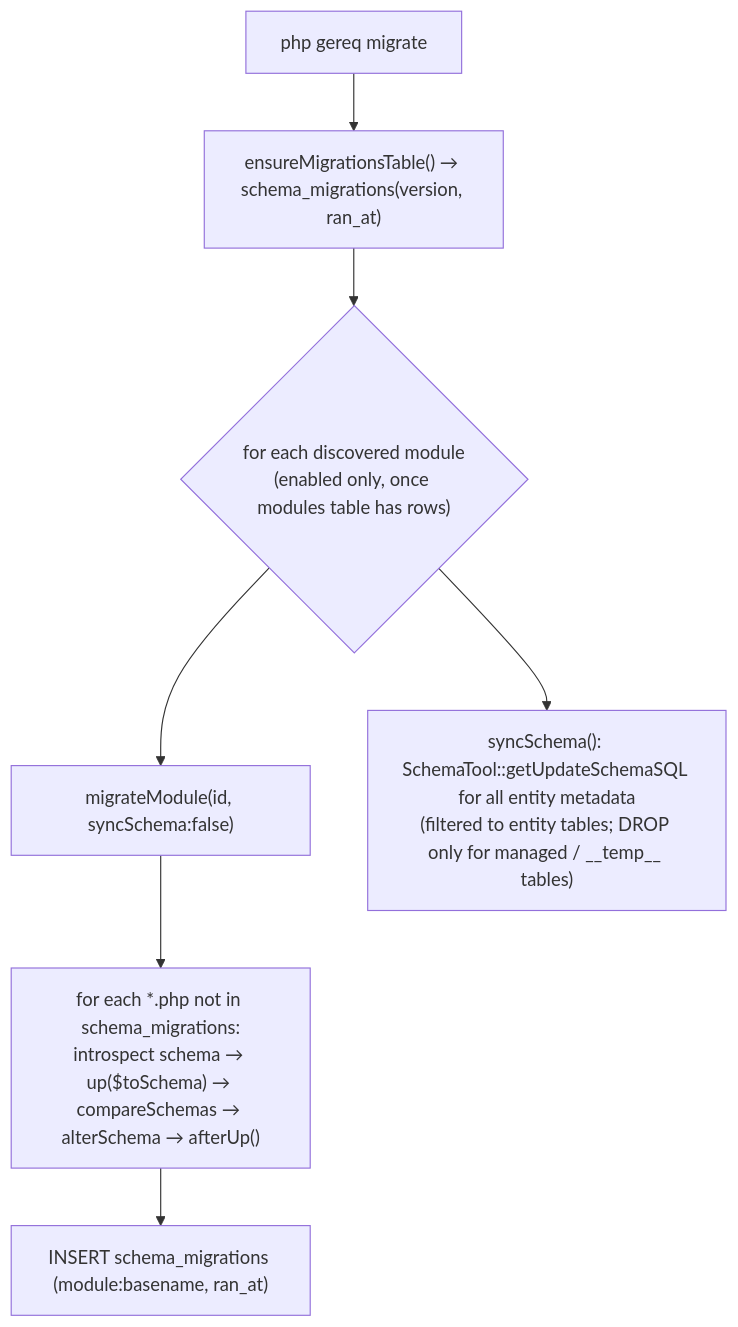
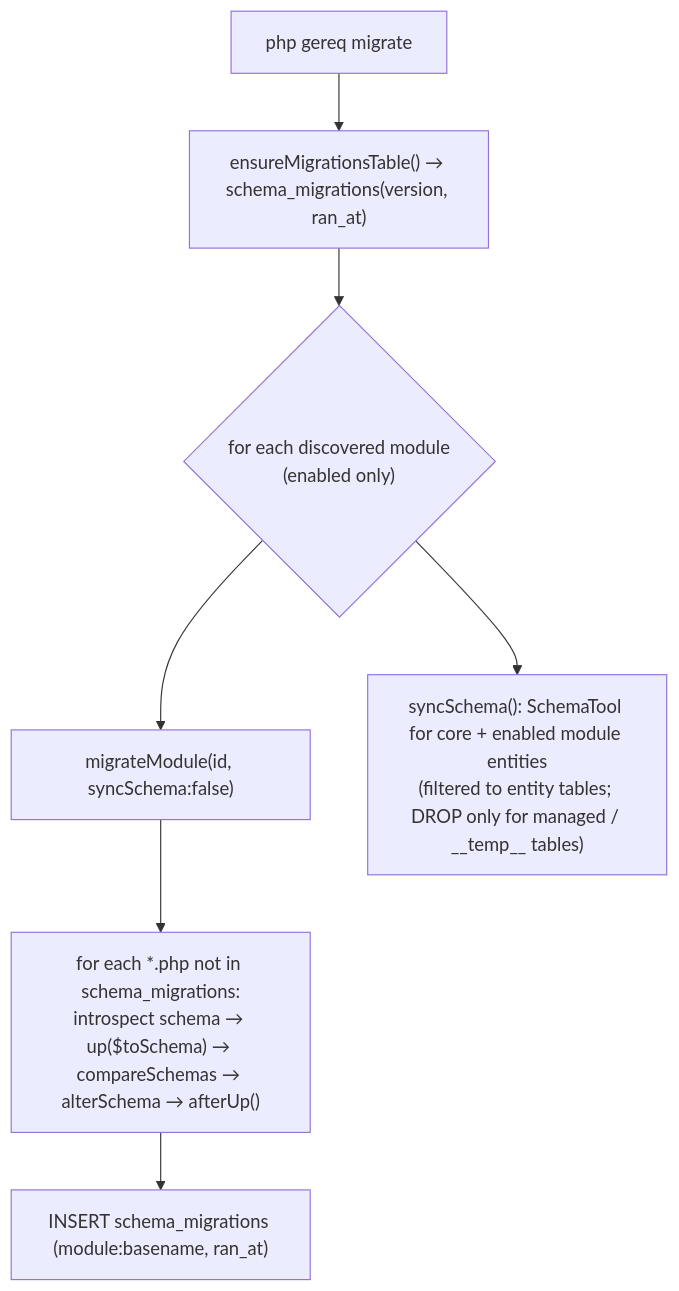
Before and after one commit to ywnzo/gereq-platform: the diagram in docs/infrastructure/database.md, drawn with Mermaid. The commit also changed other lines of this file and 113 other files, not shown here.

````diff
--- a/docs/infrastructure/database.md
+++ b/docs/infrastructure/database.md
@@ -55,9 +55,9 @@
 ```mermaid
 flowchart TD
     A["php gereq migrate"] --> B["ensureMigrationsTable() → schema_migrations(version, ran_at)"]
-    B --> C{"for each discovered module<br/>(enabled only, once modules table has rows)"}
+    B --> C{"for each discovered module<br/>(enabled only)"}
     C --> D["migrateModule(id, syncSchema:false)"]
     D --> E["for each *.php not in schema_migrations:<br/>introspect schema → up($toSchema) → compareSchemas → alterSchema → afterUp()"]
     E --> F["INSERT schema_migrations (module:basename, ran_at)"]
-    C --> G["syncSchema(): SchemaTool::getUpdateSchemaSQL for all entity metadata<br/>(filtered to entity tables; DROP only for managed / __temp__ tables)"]
+    C --> G["syncSchema(): SchemaTool for core + enabled module entities<br/>(filtered to entity tables; DROP only for managed / __temp__ tables)"]
 ```
````
